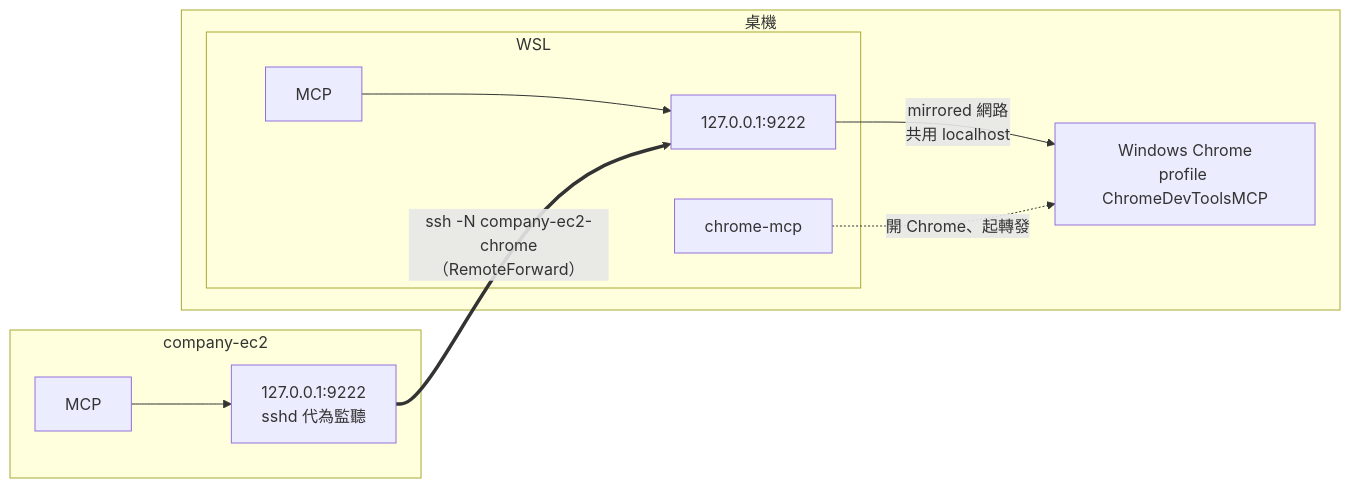
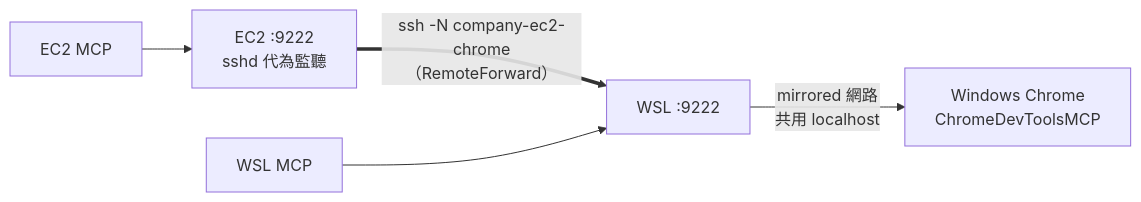
Before and after one commit to henry5720/agent-config: the first of 3 diagrams in docs/skills/chrome-mcp.md, drawn with Mermaid. The commit also changed other lines of this file and 2 other files, not shown here.

First line of the commit message:
docs: docs/skills 四張圖照「一張圖只講一件事」改寫

````diff
--- a/docs/skills/chrome-mcp.md
+++ b/docs/skills/chrome-mcp.md
@@ -17,16 +17,7 @@
 ```mermaid
 flowchart LR
-  subgraph EC2["company-ec2"]
-    EM["MCP"] --> EP["127.0.0.1:9222<br/>sshd 代為監聽"]
-  end
-  subgraph PC["桌機"]
-    subgraph WSL
-      WM["MCP"] --> WP["127.0.0.1:9222"]
-      S["chrome-mcp"]
-    end
-    C["Windows Chrome<br/>profile ChromeDevToolsMCP"]
-  end
-  EP == "ssh -N company-ec2-chrome<br/>（RemoteForward）" ==> WP
-  WP -- "mirrored 網路<br/>共用 localhost" --> C
-  S -. "開 Chrome、起轉發" .-> C
+  EM["EC2 MCP"] --> EP["EC2 :9222<br/>sshd 代為監聽"]
+  EP == "ssh -N company-ec2-chrome<br/>（RemoteForward）" ==> WP["WSL :9222"]
+  WM["WSL MCP"] --> WP
+  WP -- "mirrored 網路<br/>共用 localhost" --> C["Windows Chrome<br/>ChromeDevToolsMCP"]
 ```
````
